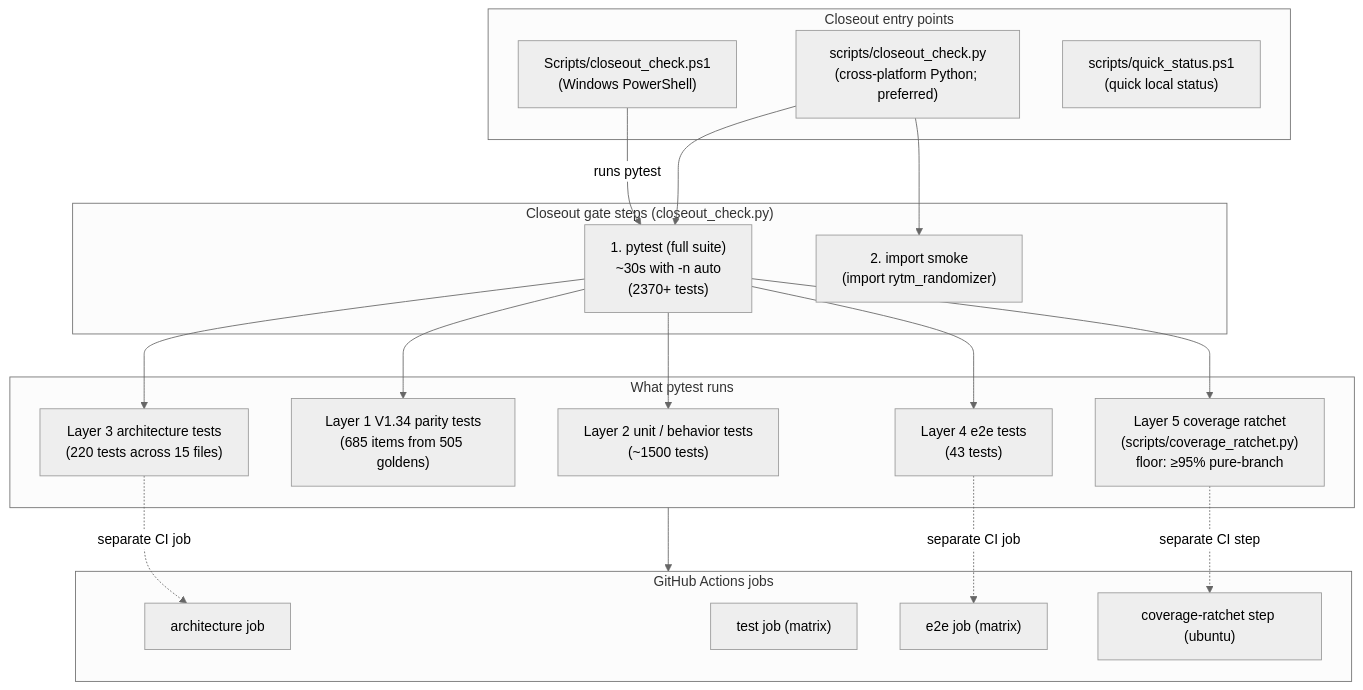
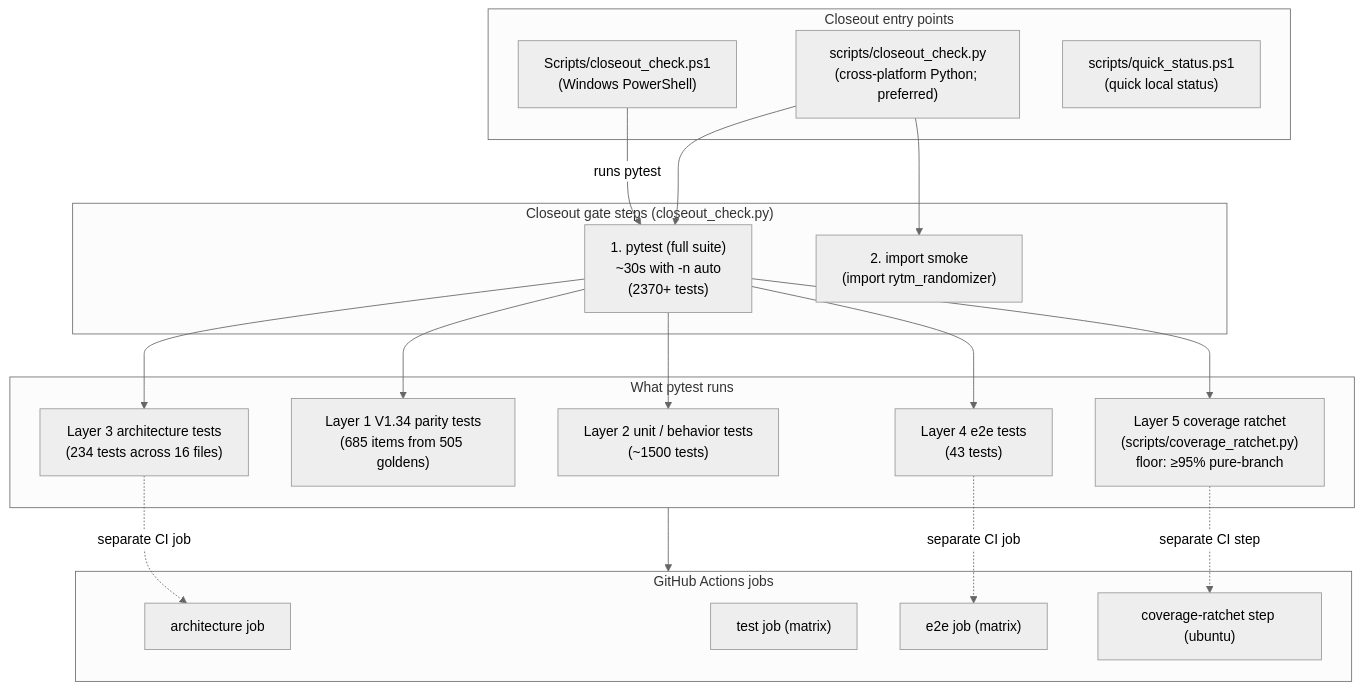
Diagram 24 of 26 in docs/ARCHITECTURE_DIAGRAMS.md (buzzijose-hub/RytmRandomizer), drawn with Mermaid (neutral theme) before and after one commit. The commit also changed other lines of this file and 5 other files, not shown here.

````diff
--- a/docs/ARCHITECTURE_DIAGRAMS.md
+++ b/docs/ARCHITECTURE_DIAGRAMS.md
@@ -1404,43 +1404,43 @@
 ```mermaid
 flowchart TB
     subgraph Entry["Closeout entry points"]
         CloseoutPS1["Scripts/closeout_check.ps1<br/>(Windows PowerShell)"]
         CloseoutPy["scripts/closeout_check.py<br/>(cross-platform Python; preferred)"]
         QuickStatus["scripts/quick_status.ps1<br/>(quick local status)"]
     end
 
     subgraph GateSteps["Closeout gate steps (closeout_check.py)"]
         Step1["1. pytest (full suite)<br/>~30s with -n auto<br/>(2370+ tests)"]
         Step2["2. import smoke<br/>(import rytm_randomizer)"]
     end
 
     subgraph PytestLayers["What pytest runs"]
         PassiveTests["Layer 2 unit / behavior tests<br/>(~1500 tests)"]
         ParityTests["Layer 1 V1.34 parity tests<br/>(685 items from 505 goldens)"]
-        ArchTests["Layer 3 architecture tests<br/>(220 tests across 15 files)"]
+        ArchTests["Layer 3 architecture tests<br/>(234 tests across 16 files)"]
         E2ETests["Layer 4 e2e tests<br/>(43 tests)"]
         CovStep["Layer 5 coverage ratchet<br/>(scripts/coverage_ratchet.py)<br/>floor: ≥95% pure-branch"]
     end
 
     subgraph CIJobs["GitHub Actions jobs"]
         CIArch["architecture job"]
         CITest["test job (matrix)"]
         CIE2E["e2e job (matrix)"]
         CIRatchet["coverage-ratchet step (ubuntu)"]
     end
 
     CloseoutPS1 -->|"runs pytest"| Step1
     CloseoutPy --> Step1
     CloseoutPy --> Step2
 
     Step1 --> PassiveTests
     Step1 --> ParityTests
     Step1 --> ArchTests
     Step1 --> E2ETests
     Step1 --> CovStep
 
     PytestLayers --> CIJobs
     ArchTests -.->|"separate CI job"| CIArch
     E2ETests -.->|"separate CI job"| CIE2E
     CovStep -.->|"separate CI step"| CIRatchet
 ```
````
